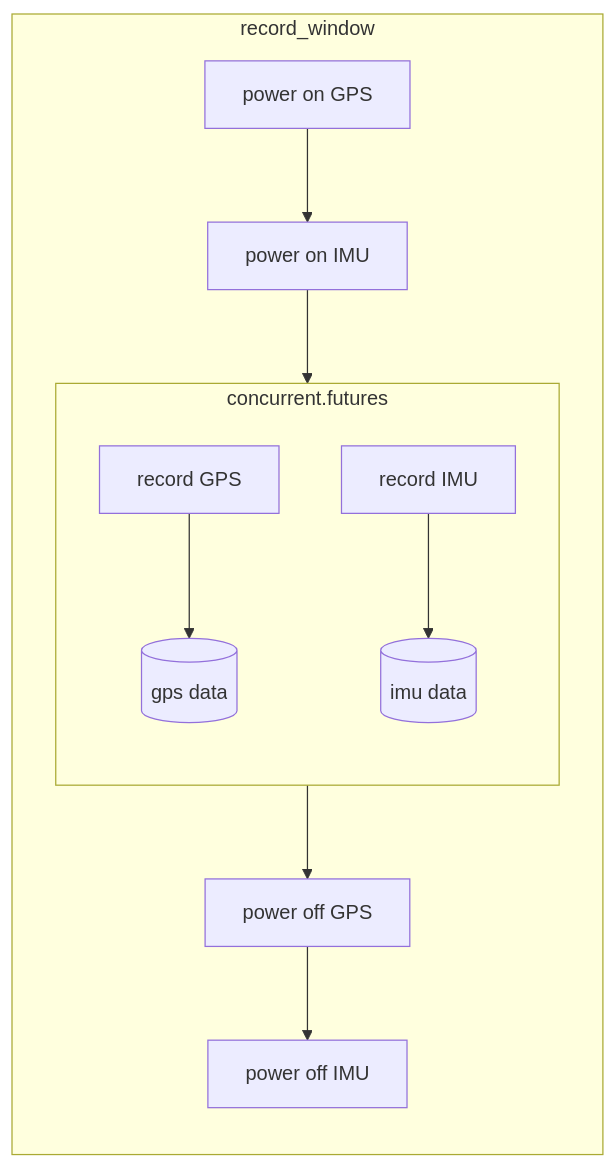
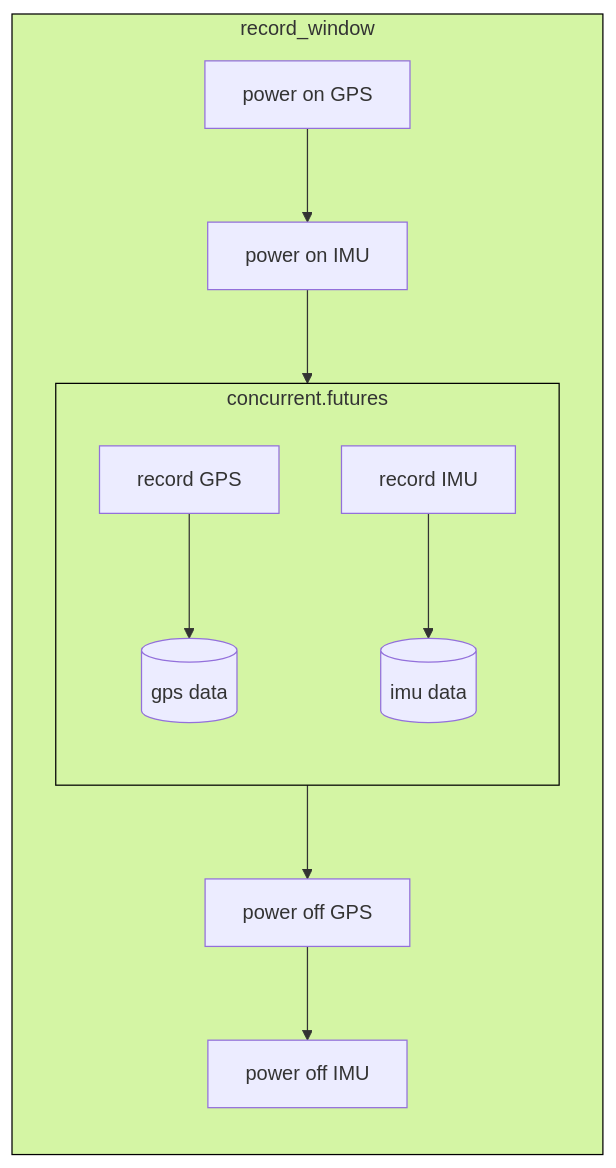
The fifth of 7 diagrams in doc/Design.md (SASlabgroup/microSWIFT), drawn with Mermaid before and after one commit. The commit also changed other lines of this file, not shown here.

````diff
--- a/doc/Design.md
+++ b/doc/Design.md
@@ -145,13 +158,17 @@
 ```mermaid
 flowchart TB
     subgraph record_window
         direction TB
         gps_on["power on GPS"] --> imu_on["power on IMU"] --> futures
         subgraph futures["concurrent.futures"]
             direction TB
             record_gps["record GPS"]-->gps_data[(gps data)]
             record_imu["record IMU"]-->imu_data[(imu data)]
         end
         futures --> gps_off["power off GPS"] --> imu_off["power off IMU"]
     end
+
+    classDef green fill:#d4f5a4,stroke:#000000,stroke-width:1px
+    class record_window,futures green
+
 ```
````
